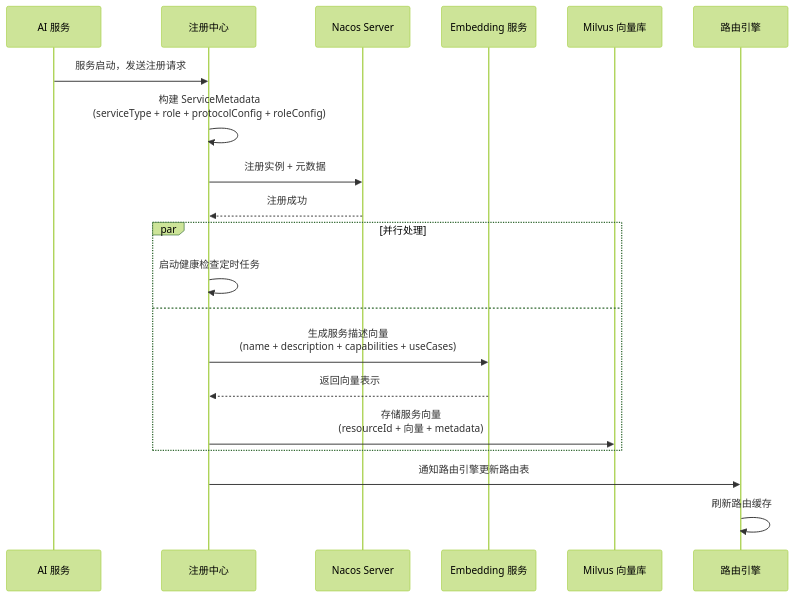
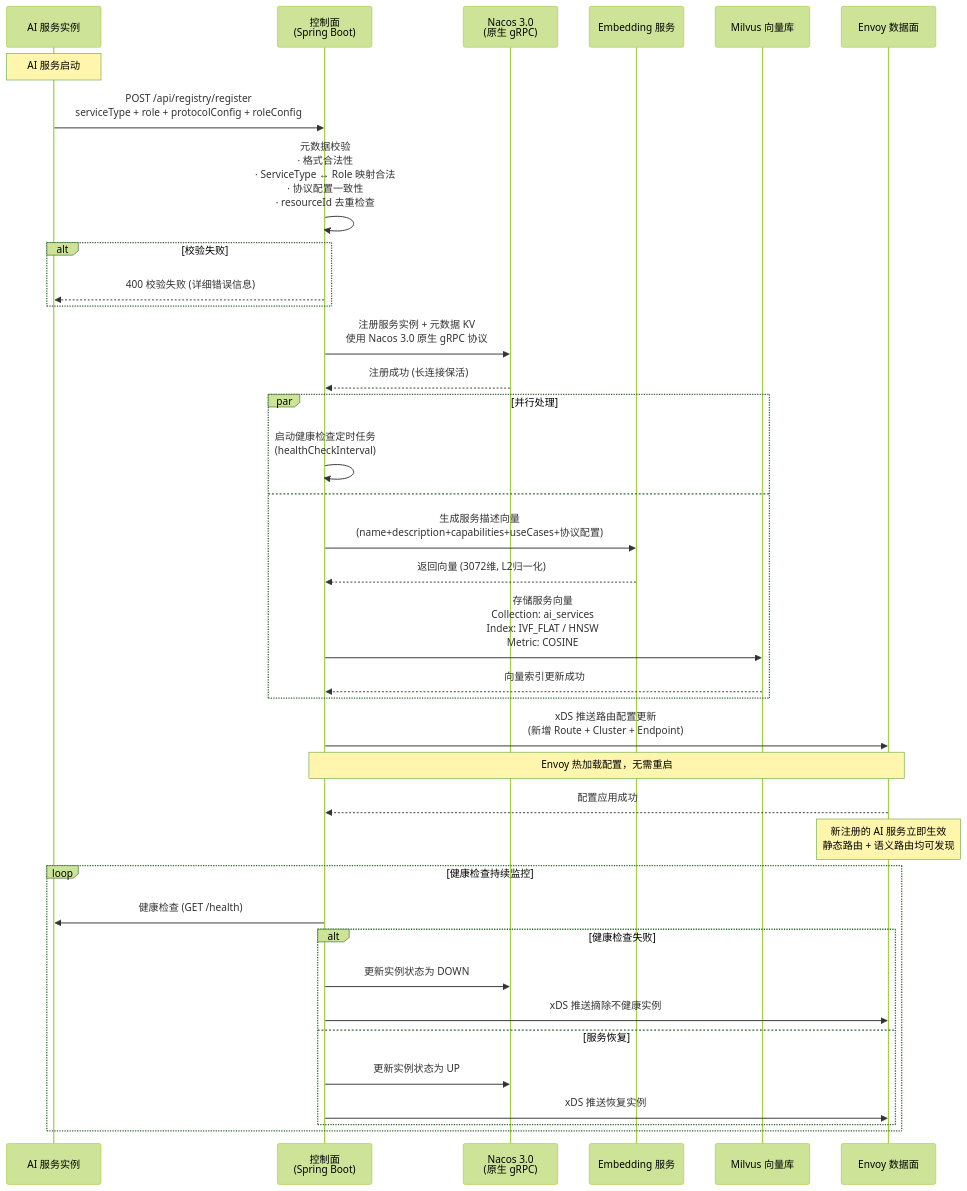
Before and after one commit to shinSG/ai-gateway: the diagram in docs/diagrams/registration-flow.mmd, drawn with Mermaid (forest theme). The commit also changed 21 other files, not shown here.

Commit message:
Refactor system architecture diagram: update layout, add new components, and improve connections for clarity

```diff
--- a/docs/diagrams/registration-flow.mmd
+++ b/docs/diagrams/registration-flow.mmd
@@ -1,23 +1,46 @@
 sequenceDiagram
-    participant Service as AI 服务
-    participant Registry as 注册中心
-    participant Nacos as Nacos Server
+    participant AISvc as AI 服务实例
+    participant CP as 控制面<br/>(Spring Boot)
+    participant Nacos as Nacos 3.0<br/>(原生 gRPC)
     participant Embedding as Embedding 服务
     participant Milvus as Milvus 向量库
-    participant Router as 路由引擎
+    participant EnvoyDS as Envoy 数据面
 
-    Service->>Registry: 服务启动，发送注册请求
-    Registry->>Registry: 构建 ServiceMetadata<br/>(serviceType + role + protocolConfig + roleConfig)
-    Registry->>Nacos: 注册实例 + 元数据
-    Nacos-->>Registry: 注册成功
+    Note over AISvc: AI 服务启动
+
+    AISvc->>CP: POST /api/registry/register<br/>serviceType + role + protocolConfig + roleConfig
+    CP->>CP: 元数据校验<br/>· 格式合法性<br/>· ServiceType ↔ Role 映射合法<br/>· 协议配置一致性<br/>· resourceId 去重检查
+
+    alt 校验失败
+        CP-->>AISvc: 400 校验失败 (详细错误信息)
+    end
+
+    CP->>Nacos: 注册服务实例 + 元数据 KV<br/>使用 Nacos 3.0 原生 gRPC 协议
+    Nacos-->>CP: 注册成功 (长连接保活)
 
     par 并行处理
-        Registry->>Registry: 启动健康检查定时任务
+        CP->>CP: 启动健康检查定时任务<br/>(healthCheckInterval)
     and
-        Registry->>Embedding: 生成服务描述向量<br/>(name + description + capabilities + useCases)
-        Embedding-->>Registry: 返回向量表示
-        Registry->>Milvus: 存储服务向量<br/>(resourceId + 向量 + metadata)
+        CP->>Embedding: 生成服务描述向量<br/>(name+description+capabilities+useCases+协议配置)
+        Embedding-->>CP: 返回向量 (3072维, L2归一化)
+        CP->>Milvus: 存储服务向量<br/>Collection: ai_services<br/>Index: IVF_FLAT / HNSW<br/>Metric: COSINE
+        Milvus-->>CP: 向量索引更新成功
     end
 
-    Registry->>Router: 通知路由引擎更新路由表
-    Router->>Router: 刷新路由缓存
+    CP->>EnvoyDS: xDS 推送路由配置更新<br/>(新增 Route + Cluster + Endpoint)
+    Note over CP,EnvoyDS: Envoy 热加载配置，无需重启
+
+    EnvoyDS-->>CP: 配置应用成功
+
+    Note over EnvoyDS: 新注册的 AI 服务立即生效<br/>静态路由 + 语义路由均可发现
+
+    loop 健康检查持续监控
+        CP->>AISvc: 健康检查 (GET /health)
+        alt 健康检查失败
+            CP->>Nacos: 更新实例状态为 DOWN
+            CP->>EnvoyDS: xDS 推送摘除不健康实例
+        else 服务恢复
+            CP->>Nacos: 更新实例状态为 UP
+            CP->>EnvoyDS: xDS 推送恢复实例
+        end
+    end
```
